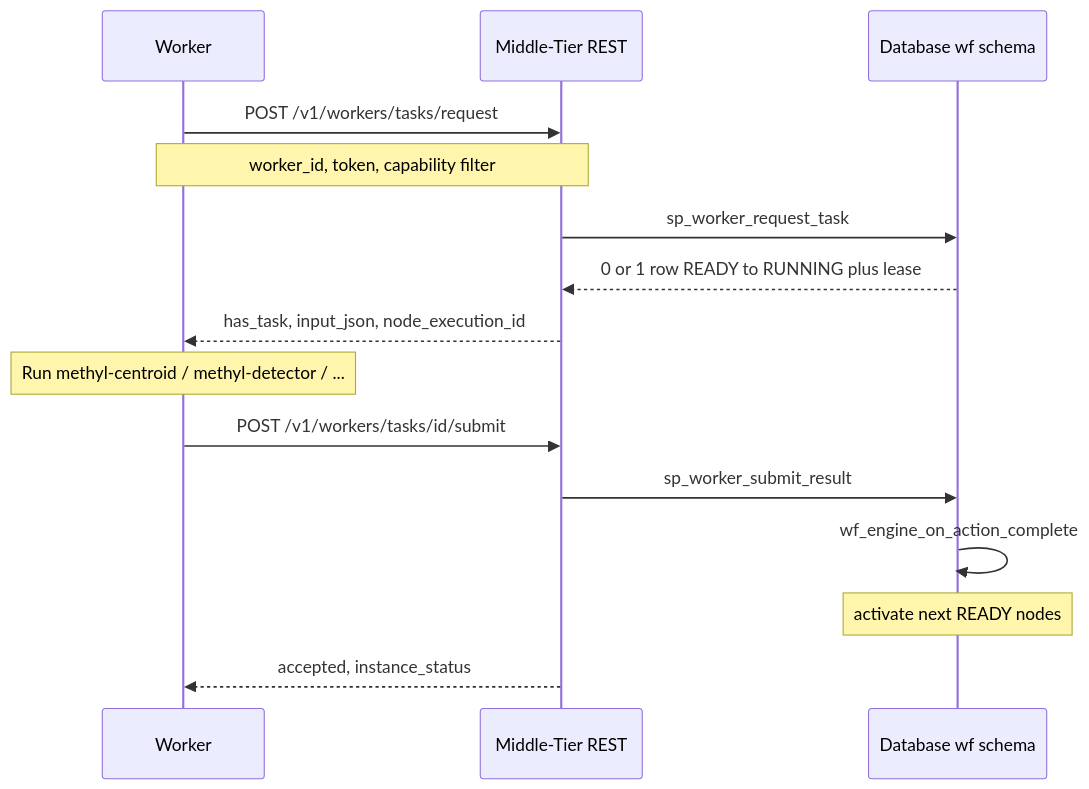
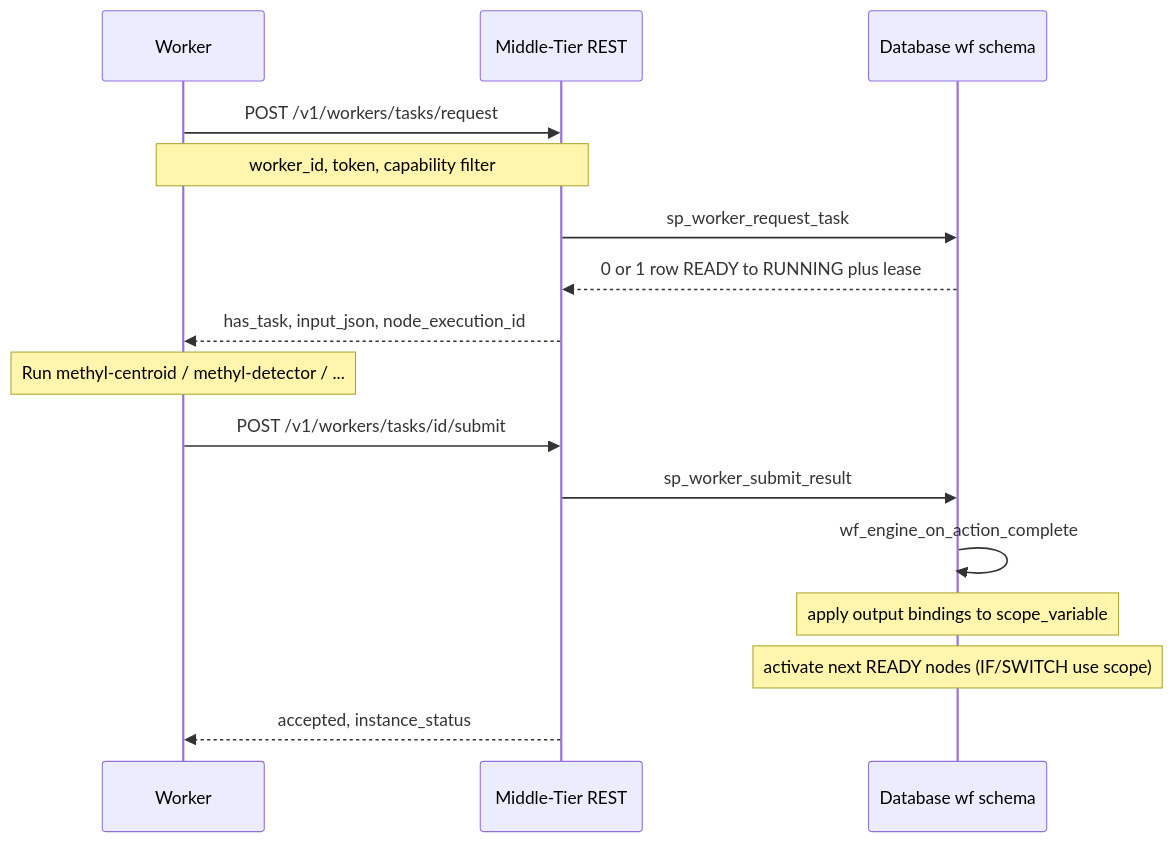
Before and after one commit to Goliath-Research/GoliathWorkflow: the tenth of 11 diagrams in workflow_engine/docs/pipeline_architecture.md, drawn with Mermaid. The commit also changed other lines of this file, not shown here.

First line of the commit message:
Enhance pipeline architecture documentation with scoped variables details

````diff
--- a/workflow_engine/docs/pipeline_architecture.md
+++ b/workflow_engine/docs/pipeline_architecture.md
@@ -478,20 +643,21 @@
 ```mermaid
 sequenceDiagram
   participant W as Worker
   participant MT as Middle-Tier REST
   participant DB as Database wf schema
 
   W->>MT: POST /v1/workers/tasks/request
   Note over W,MT: worker_id, token, capability filter
   MT->>DB: sp_worker_request_task
   DB-->>MT: 0 or 1 row READY to RUNNING plus lease
   MT-->>W: has_task, input_json, node_execution_id
 
   Note over W: Run methyl-centroid / methyl-detector / ...
 
   W->>MT: POST /v1/workers/tasks/id/submit
   MT->>DB: sp_worker_submit_result
   DB->>DB: wf_engine_on_action_complete
-  Note over DB: activate next READY nodes
+  Note over DB: apply output bindings to scope_variable
+  Note over DB: activate next READY nodes (IF/SWITCH use scope)
   MT-->>W: accepted, instance_status
 ```
````
